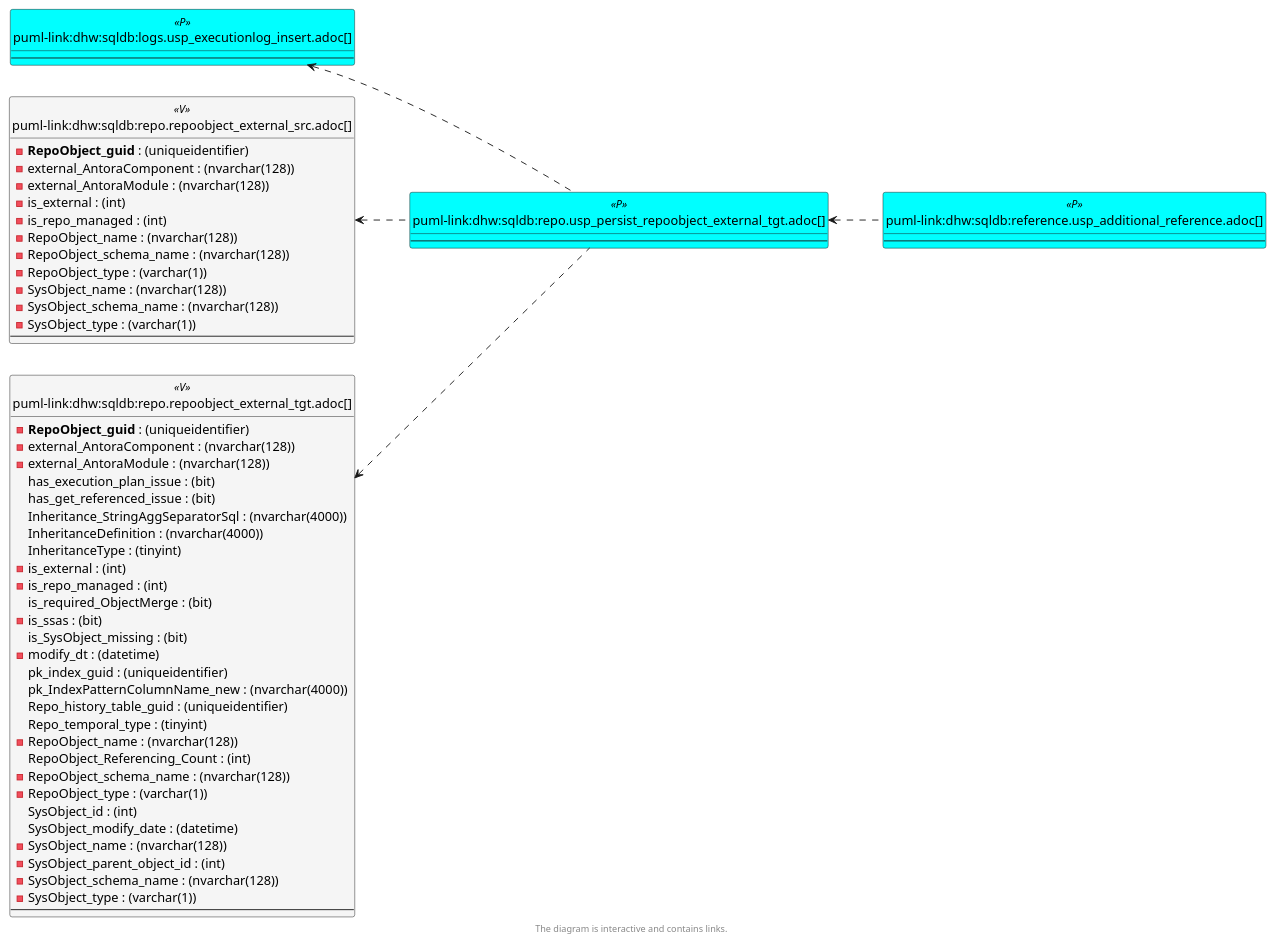
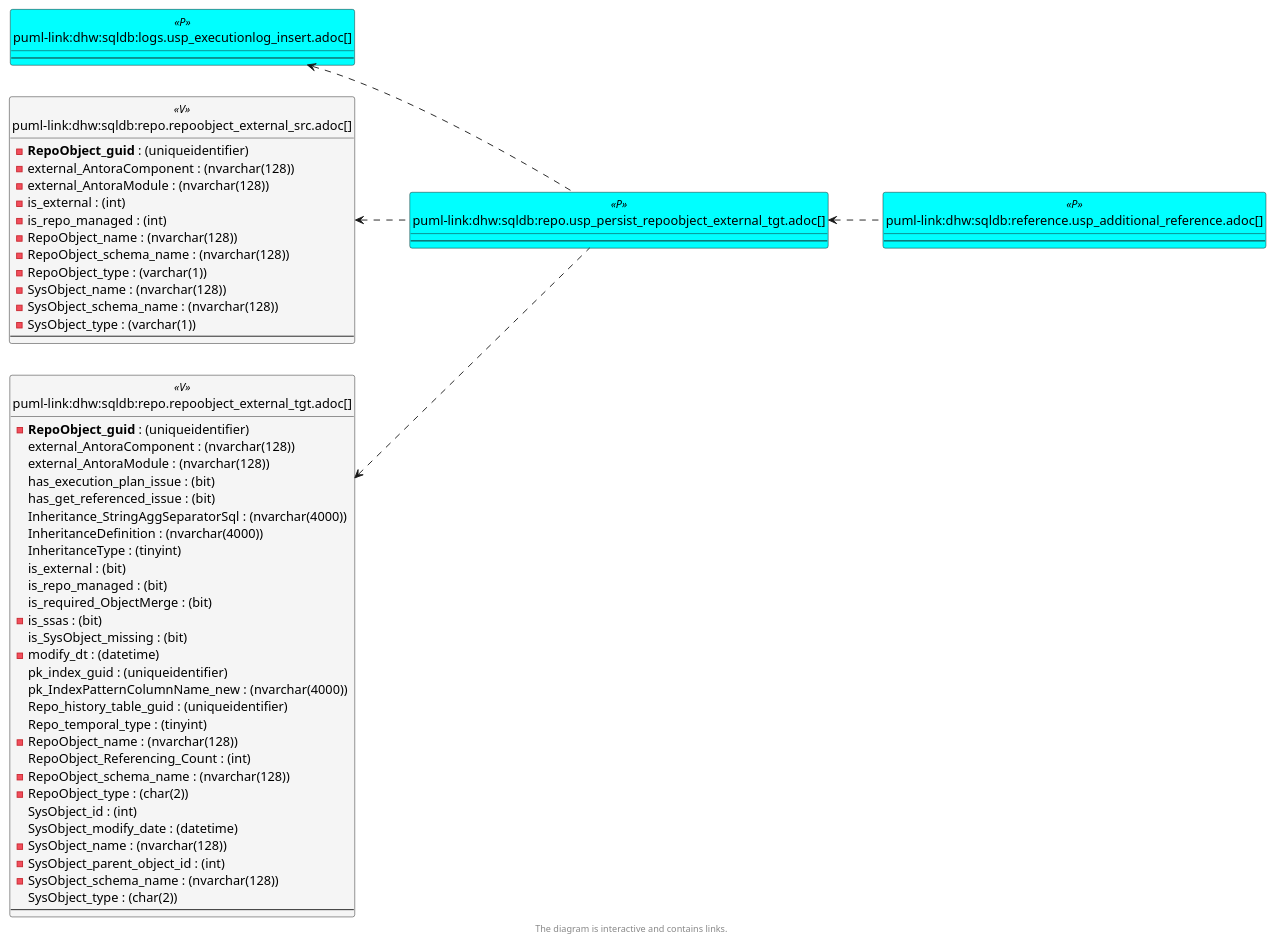
One commit to DataHandwerk/dhw-antora-sqldb changed the sixth of 6 diagrams in docs/modules/sqldb/partials/content/repo.usp_persist_repoobject_external_tgt.adoc. Above: the diagram before and after it, drawn with PlantUML. The commit also changed other lines of this file and 641 other files, not shown here.

```diff
--- a/docs/modules/sqldb/partials/content/repo.usp_persist_repoobject_external_tgt.adoc
+++ b/docs/modules/sqldb/partials/content/repo.usp_persist_repoobject_external_tgt.adoc
@@ -1229,15 +1229,15 @@
 
 entity "puml-link:dhw:sqldb:repo.repoobject_external_tgt.adoc[]" as repo.RepoObject_external_tgt << V >> {
   - **RepoObject_guid** : (uniqueidentifier)
-  - external_AntoraComponent : (nvarchar(128))
-  - external_AntoraModule : (nvarchar(128))
+  external_AntoraComponent : (nvarchar(128))
+  external_AntoraModule : (nvarchar(128))
   has_execution_plan_issue : (bit)
   has_get_referenced_issue : (bit)
   Inheritance_StringAggSeparatorSql : (nvarchar(4000))
   InheritanceDefinition : (nvarchar(4000))
   InheritanceType : (tinyint)
-  - is_external : (int)
-  - is_repo_managed : (int)
+  is_external : (bit)
+  is_repo_managed : (bit)
   is_required_ObjectMerge : (bit)
   - is_ssas : (bit)
   is_SysObject_missing : (bit)
@@ -1249,13 +1249,13 @@
   - RepoObject_name : (nvarchar(128))
   RepoObject_Referencing_Count : (int)
   - RepoObject_schema_name : (nvarchar(128))
-  - RepoObject_type : (varchar(1))
+  - RepoObject_type : (char(2))
   SysObject_id : (int)
   SysObject_modify_date : (datetime)
   - SysObject_name : (nvarchar(128))
   - SysObject_parent_object_id : (int)
   - SysObject_schema_name : (nvarchar(128))
-  - SysObject_type : (varchar(1))
+  SysObject_type : (char(2))
   --
 }
 
```
